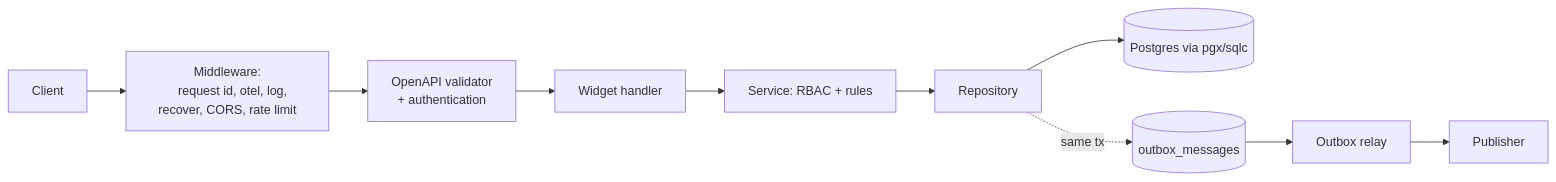
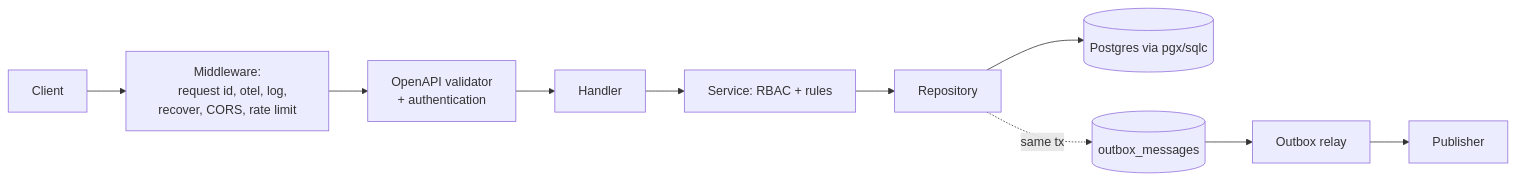
The diagram in docs/architecture.md (y0f/go-api-scaffolding), drawn with Mermaid before and after one commit. The commit also changed other lines of this file and 48 other files, not shown here.

````diff
--- a/docs/architecture.md
+++ b/docs/architecture.md
@@ -32,13 +35,15 @@
 ```mermaid
 flowchart LR
     client[Client] --> mw[Middleware:
     request id, otel, log, recover, CORS, rate limit]
     mw --> val[OpenAPI validator
     + authentication]
-    val --> h[Widget handler]
+    val --> h[Handler]
     h --> svc[Service: RBAC + rules]
     svc --> repo[Repository]
     repo --> pg[(Postgres via pgx/sqlc)]
+    %% forge:begin outbox
     repo -. same tx .-> ob[(outbox_messages)]
     ob --> relay[Outbox relay] --> pub[Publisher]
+    %% forge:end outbox
 ```
````
